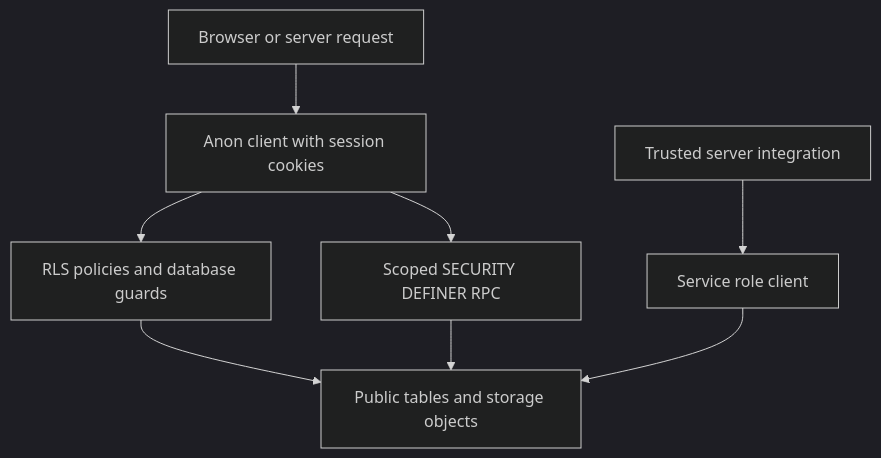
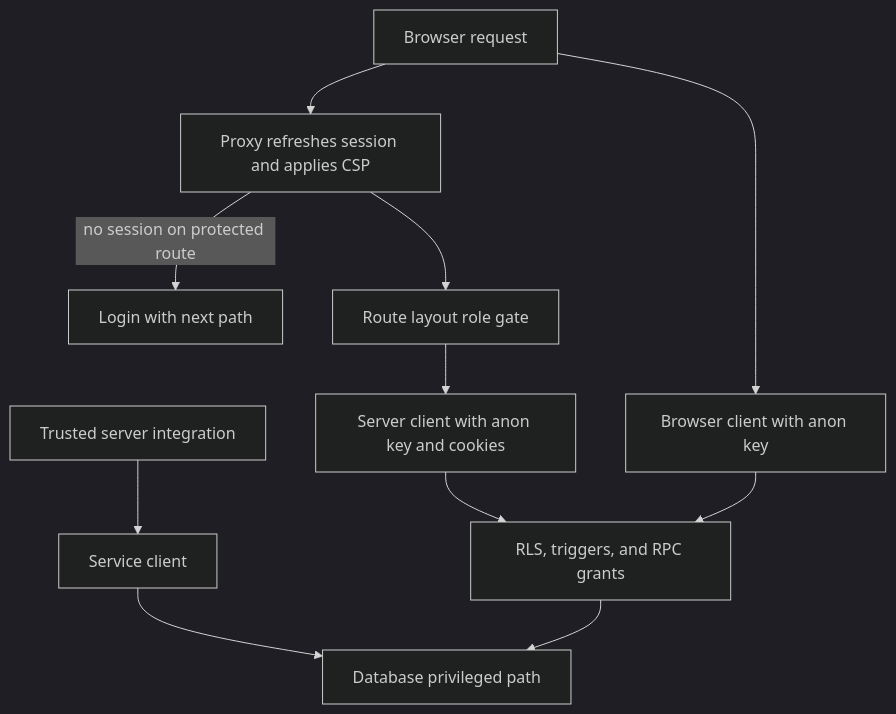
One commit to Schneider-Gr/industria24hIA changed the diagram in openwiki/architecture/data-access-security-and-schema-evolution.md. Above: the diagram before and after it, drawn with Mermaid (dark theme). The commit also changed other lines of this file and 32 other files, not shown here.

````diff
--- a/openwiki/architecture/data-access-security-and-schema-evolution.md
+++ b/openwiki/architecture/data-access-security-and-schema-evolution.md
@@ -76,10 +79,13 @@
 ```mermaid
 flowchart TD
-  Browser["Browser or server request"] --> Session["Anon client with session cookies"]
-  Session --> RLS["RLS policies and database guards"]
-  RLS --> Tables["Public tables and storage objects"]
-  ServerJob["Trusted server integration"] --> Service["Service role client"]
-  Service --> Tables
-  Session --> RPC["Scoped SECURITY DEFINER RPC"]
-  RPC --> Tables
+  Browser["Browser request"] --> Proxy["Proxy refreshes session and applies CSP"]
+  Proxy -->|"no session on protected route"| Login["Login with next path"]
+  Proxy --> Layout["Route layout role gate"]
+  Layout --> ServerClient["Server client with anon key and cookies"]
+  Browser --> BrowserClient["Browser client with anon key"]
+  ServerClient --> RLS["RLS, triggers, and RPC grants"]
+  BrowserClient --> RLS
+  Trusted["Trusted server integration"] --> Service["Service client"]
+  Service --> Database["Database privileged path"]
+  RLS --> Database
 ```
````
